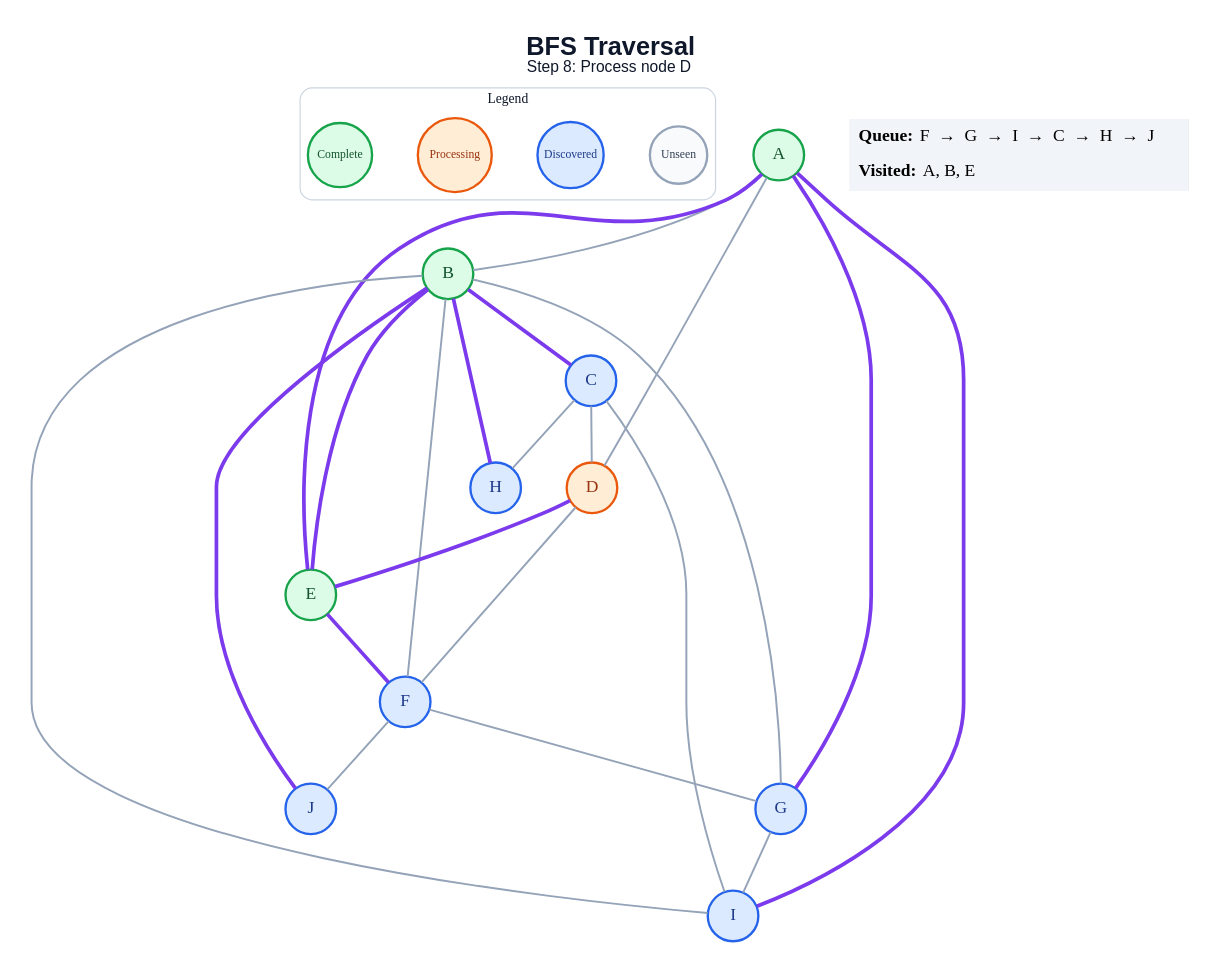
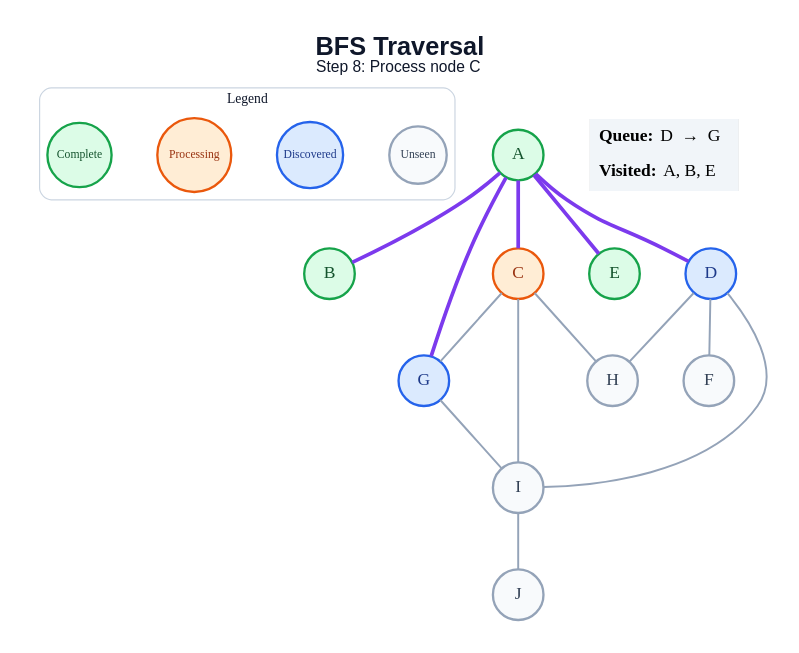
The diagram in generated/specific-node/bfs/step_08.dot (amanghodawala9/ai-slop), drawn with Graphviz before and after one commit. The commit also changed 178 other files, not shown here.

```diff
--- a/generated/specific-node/bfs/step_08.dot
+++ b/generated/specific-node/bfs/step_08.dot
@@ -1,50 +1,42 @@
 graph traversal {
   graph [layout=dot, rankdir=TB, bgcolor="#FFFFFF", pad="0.35", nodesep="0.65", ranksep="0.8", fontname="Arial"];
   node [shape=circle, style="filled", fontname="Arial Bold", fontsize=18, width=0.72, fixedsize=true, penwidth=2.4];
   edge [color="#94A3B8", penwidth=2.0];
-  label=<<B>BFS Traversal</B><BR/><FONT POINT-SIZE="16">Step 8: Process node D</FONT>>; labelloc="t"; fontsize=26; fontname="Arial"; fontcolor="#0F172A";
+  label=<<B>BFS Traversal</B><BR/><FONT POINT-SIZE="16">Step 8: Process node C</FONT>>; labelloc="t"; fontsize=26; fontname="Arial"; fontcolor="#0F172A";
   subgraph cluster_legend { label="Legend"; color="#CBD5E1"; penwidth=1.2; style="rounded"; fontsize=14; fontname="Arial Bold";
     key_unseen [label="Unseen", fillcolor="#F8FAFC", color="#94A3B8", fontcolor="#334155", fontsize=12, width=0.82];
     key_frontier [label="Discovered", fillcolor="#DBEAFE", color="#2563EB", fontcolor="#1E3A8A", fontsize=12, width=0.95];
     key_current [label="Processing", fillcolor="#FFEDD5", color="#EA580C", fontcolor="#9A3412", fontsize=12, width=1.05];
     key_done [label="Complete", fillcolor="#DCFCE7", color="#16A34A", fontcolor="#14532D", fontsize=12, width=0.92];
     { rank=same; key_unseen; key_frontier; key_current; key_done; }
   }
   A [fillcolor="#DCFCE7", color="#16A34A", fontcolor="#14532D"];
   B [fillcolor="#DCFCE7", color="#16A34A", fontcolor="#14532D"];
-  C [fillcolor="#DBEAFE", color="#2563EB", fontcolor="#1E3A8A"];
-  D [fillcolor="#FFEDD5", color="#EA580C", fontcolor="#9A3412"];
+  C [fillcolor="#FFEDD5", color="#EA580C", fontcolor="#9A3412"];
+  D [fillcolor="#DBEAFE", color="#2563EB", fontcolor="#1E3A8A"];
   E [fillcolor="#DCFCE7", color="#16A34A", fontcolor="#14532D"];
-  F [fillcolor="#DBEAFE", color="#2563EB", fontcolor="#1E3A8A"];
+  F [fillcolor="#F8FAFC", color="#94A3B8", fontcolor="#334155"];
   G [fillcolor="#DBEAFE", color="#2563EB", fontcolor="#1E3A8A"];
-  H [fillcolor="#DBEAFE", color="#2563EB", fontcolor="#1E3A8A"];
-  I [fillcolor="#DBEAFE", color="#2563EB", fontcolor="#1E3A8A"];
-  J [fillcolor="#DBEAFE", color="#2563EB", fontcolor="#1E3A8A"];
-  A -- B;
-  A -- D;
+  H [fillcolor="#F8FAFC", color="#94A3B8", fontcolor="#334155"];
+  I [fillcolor="#F8FAFC", color="#94A3B8", fontcolor="#334155"];
+  J [fillcolor="#F8FAFC", color="#94A3B8", fontcolor="#334155"];
+  A -- B [color="#7C3AED", penwidth=3.8];
+  A -- C [color="#7C3AED", penwidth=3.8];
+  A -- D [color="#7C3AED", penwidth=3.8];
   A -- E [color="#7C3AED", penwidth=3.8];
   A -- G [color="#7C3AED", penwidth=3.8];
-  A -- I [color="#7C3AED", penwidth=3.8];
-  B -- C [color="#7C3AED", penwidth=3.8];
-  B -- E [color="#7C3AED", penwidth=3.8];
-  B -- F;
-  B -- G;
-  B -- H [color="#7C3AED", penwidth=3.8];
-  B -- I;
-  B -- J [color="#7C3AED", penwidth=3.8];
-  C -- D;
+  C -- G;
   C -- H;
   C -- I;
-  D -- E [color="#7C3AED", penwidth=3.8];
   D -- F;
-  E -- F [color="#7C3AED", penwidth=3.8];
-  F -- G;
-  F -- J;
+  D -- H;
+  D -- I;
   G -- I;
+  I -- J;
   status [shape=plain, fixedsize=false, width=0, height=0, margin=0, label=<
     <TABLE BORDER="0" CELLBORDER="0" CELLPADDING="7" BGCOLOR="#F1F5F9">
-      <TR><TD ALIGN="LEFT"><B>Queue:</B> F  →  G  →  I  →  C  →  H  →  J</TD></TR>
+      <TR><TD ALIGN="LEFT"><B>Queue:</B> D  →  G</TD></TR>
       <TR><TD ALIGN="LEFT"><B>Visited:</B> A, B, E</TD></TR>
     </TABLE>
   >];
 }
```
